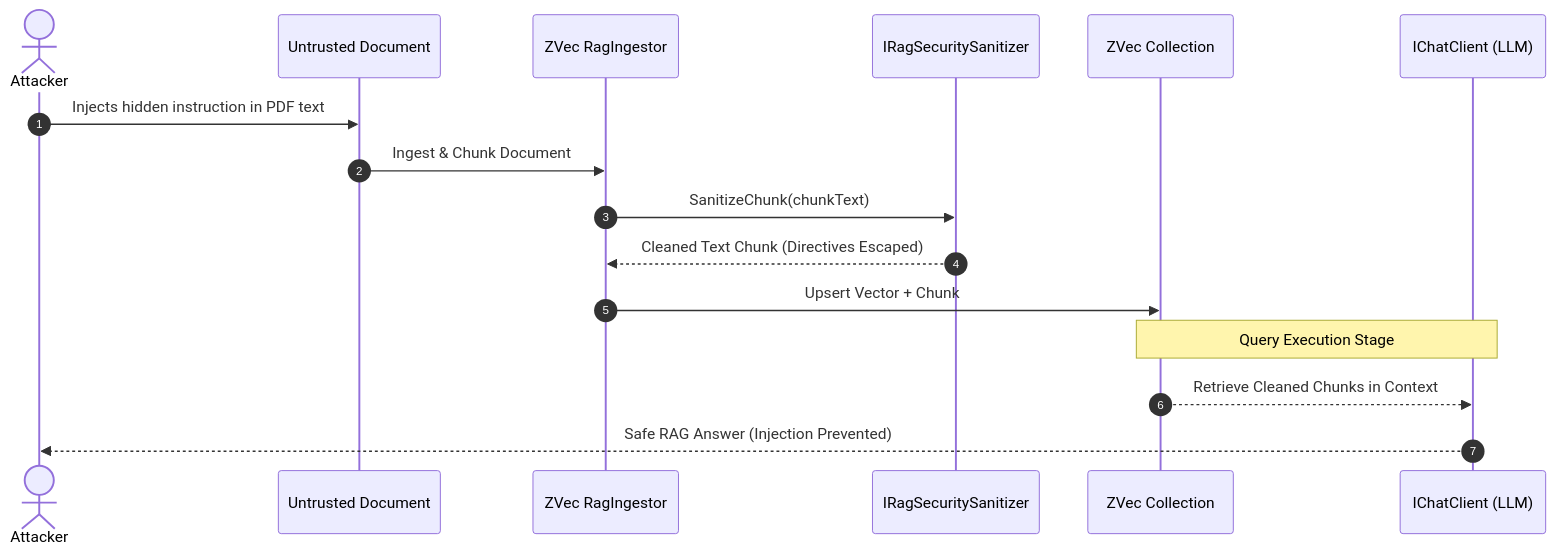
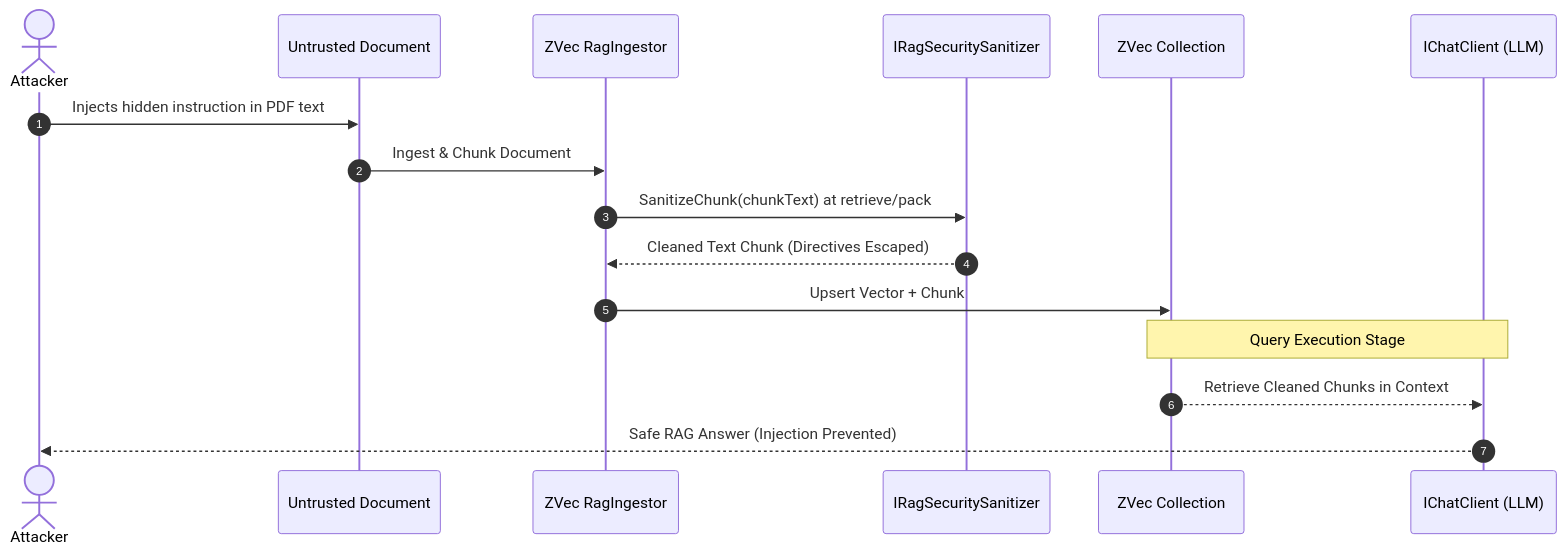
One commit to ahmedSamir50/AdamSystems.ZVec.NET-RAG changed the diagram in docs/architecture/security-threat-model.md. Above: the diagram before and after it, drawn with Mermaid. The commit also changed other lines of this file and 73 other files, not shown here.

````diff
--- a/docs/architecture/security-threat-model.md
+++ b/docs/architecture/security-threat-model.md
@@ -27,19 +26,19 @@
 ```mermaid
 sequenceDiagram
     autonumber
     actor Attacker
     participant FileSystem as Untrusted Document
     participant Ingestor as ZVec RagIngestor
     participant Sanitizer as IRagSecuritySanitizer
     participant VectorDB as ZVec Collection
     participant LLM as IChatClient (LLM)
 
     Attacker->>FileSystem: Injects hidden instruction in PDF text
     FileSystem->>Ingestor: Ingest & Chunk Document
-    Ingestor->>Sanitizer: SanitizeChunk(chunkText)
+    Ingestor->>Sanitizer: SanitizeChunk(chunkText) at retrieve/pack
     Sanitizer-->>Ingestor: Cleaned Text Chunk (Directives Escaped)
     Ingestor->>VectorDB: Upsert Vector + Chunk
     Note over VectorDB,LLM: Query Execution Stage
     VectorDB-->>LLM: Retrieve Cleaned Chunks in Context
     LLM-->>Attacker: Safe RAG Answer (Injection Prevented)
 ```
````
